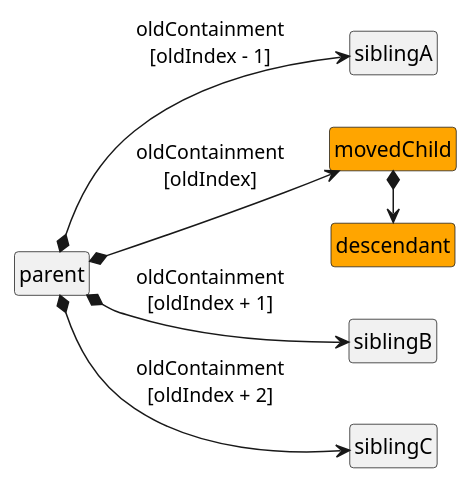
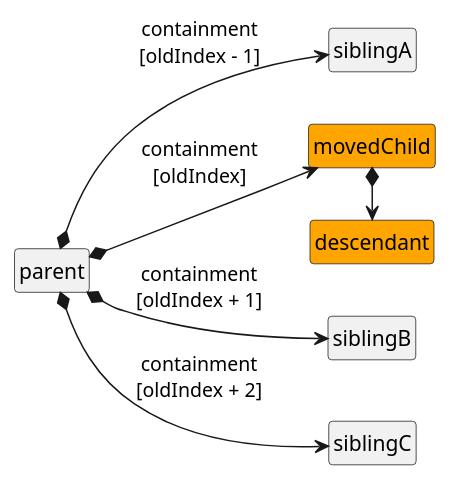
Before and after one commit to LionWeb-io/specification: diagram 30 of 36 in delta/delta-api.adoc, drawn with PlantUML. The commit also changed other lines of this file, not shown here.

Commit message:
fix oldContainment -> containment

```diff
--- a/delta/delta-api.adoc
+++ b/delta/delta-api.adoc
@@ -1013,24 +1013,24 @@
 [plantuml,moveChildInSameContainment-before,svg]
 ----
 hide empty members
 hide circles
 left to right direction
 
 class parent
 
 class siblingA
 class movedChild #Orange
 class siblingB
 class siblingC
 
 class descendant #Orange
 
-parent *--> siblingA: oldContainment\n[oldIndex - 1]
-parent *--> movedChild: oldContainment\n[oldIndex]
-parent *--> siblingB: oldContainment\n[oldIndex + 1]
-parent *--> siblingC: oldContainment\n[oldIndex + 2]
+parent *--> siblingA: containment\n[oldIndex - 1]
+parent *--> movedChild: containment\n[oldIndex]
+parent *--> siblingB: containment\n[oldIndex + 1]
+parent *--> siblingC: containment\n[oldIndex + 2]
 
 movedChild *-> descendant
 
 siblingA -[hidden]> movedChild
 ----
```
